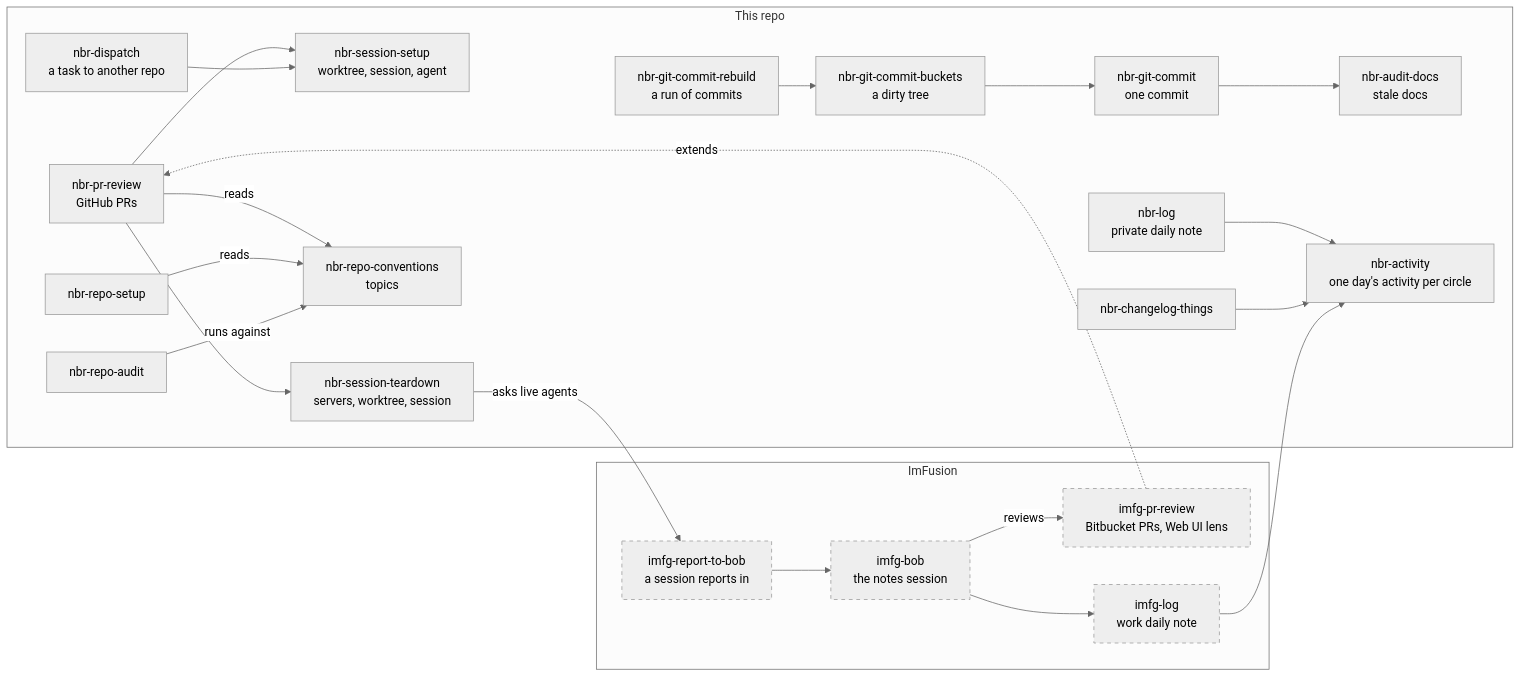
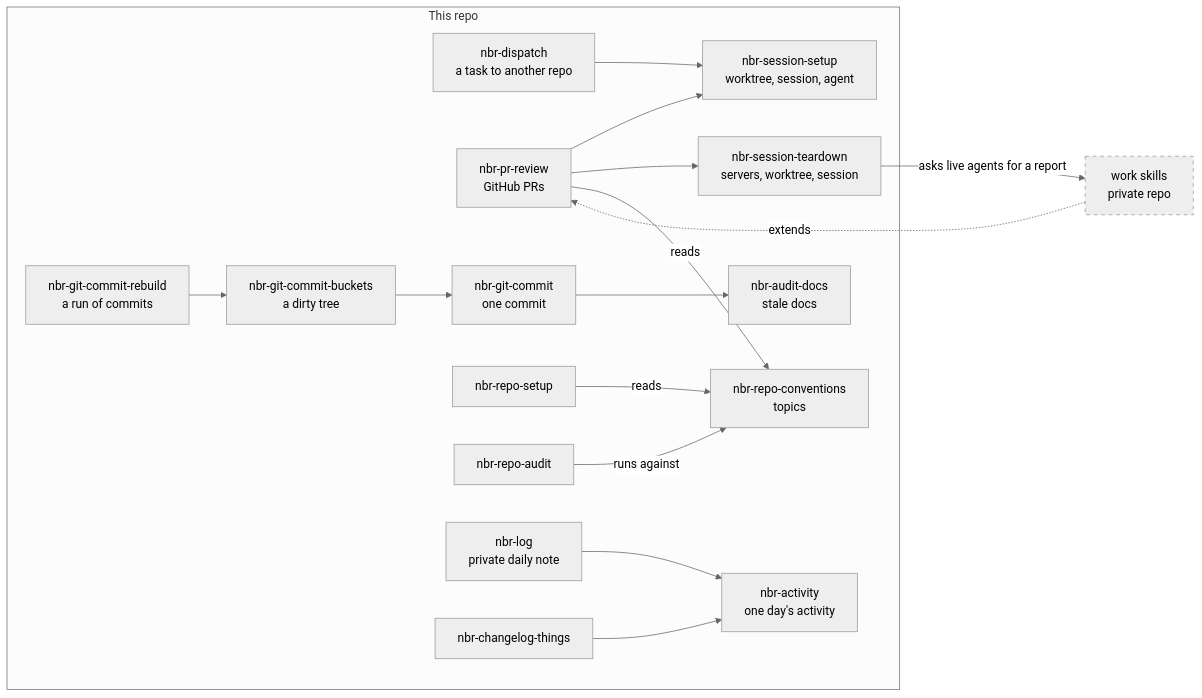
One commit to nikbrunner/skills changed the diagram in README.md. Above: the diagram before and after it, drawn with Mermaid (neutral theme). The commit also changed other lines of this file and 3 other files, not shown here.

Commit message:
keep work details out of the README map, roadmap and review examples

````diff
--- a/README.md
+++ b/README.md
@@ -58,42 +58,33 @@
 ```mermaid
 flowchart LR
   subgraph user["This repo"]
     dispatch["nbr-dispatch<br/>a task to another repo"]
     review["nbr-pr-review<br/>GitHub PRs"]
     setup["nbr-session-setup<br/>worktree, session, agent"]
     teardown["nbr-session-teardown<br/>servers, worktree, session"]
     commit["nbr-git-commit<br/>one commit"]
     buckets["nbr-git-commit-buckets<br/>a dirty tree"]
     rebuild["nbr-git-commit-rebuild<br/>a run of commits"]
     audit["nbr-audit-docs<br/>stale docs"]
     conventions["nbr-repo-conventions<br/>topics"]
     rsetup["nbr-repo-setup"]
     raudit["nbr-repo-audit"]
-    activity["nbr-activity<br/>one day's activity per circle"]
+    activity["nbr-activity<br/>one day's activity"]
     nlog["nbr-log<br/>private daily note"]
     things["nbr-changelog-things"]
   end
-  subgraph imf["ImFusion"]
-    bob["imfg-bob<br/>the notes session"]
-    report["imfg-report-to-bob<br/>a session reports in"]
-    ireview["imfg-pr-review<br/>Bitbucket PRs, Web UI lens"]
-    log["imfg-log<br/>work daily note"]
-  end
-  ireview -. extends .-> review
-  bob -- reviews --> ireview
-  bob --> log
-  report --> bob
+  work["work skills<br/>private repo"]
+  work -. extends .-> review
   review --> setup
   review --> teardown
   dispatch --> setup
-  teardown -- asks live agents --> report
+  teardown -- asks live agents for a report --> work
   review -- reads --> conventions
   rebuild --> buckets --> commit --> audit
   rsetup -- reads --> conventions
   raudit -- runs against --> conventions
   nlog --> activity
   things --> activity
-  log --> activity
-  classDef imfusion stroke-dasharray: 5 5
-  class bob,report,ireview,log imfusion
+  classDef private stroke-dasharray: 5 5
+  class work private
 ```
````
